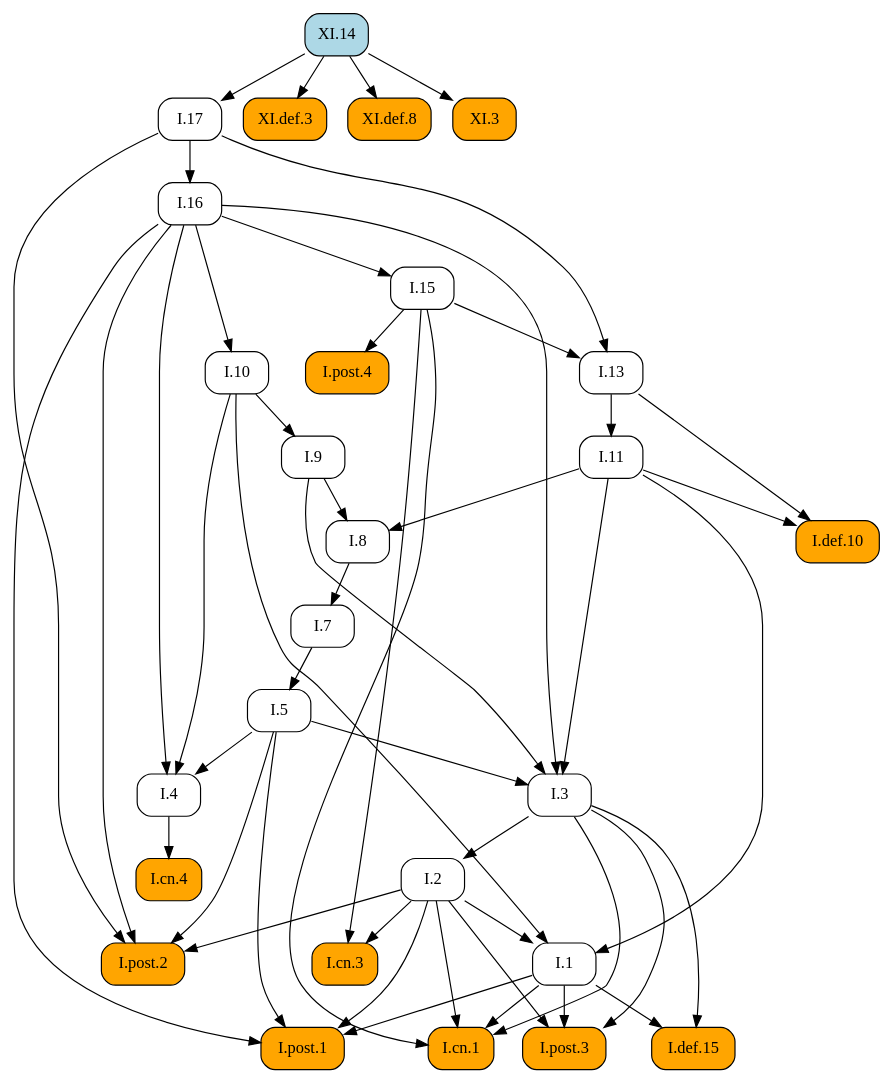
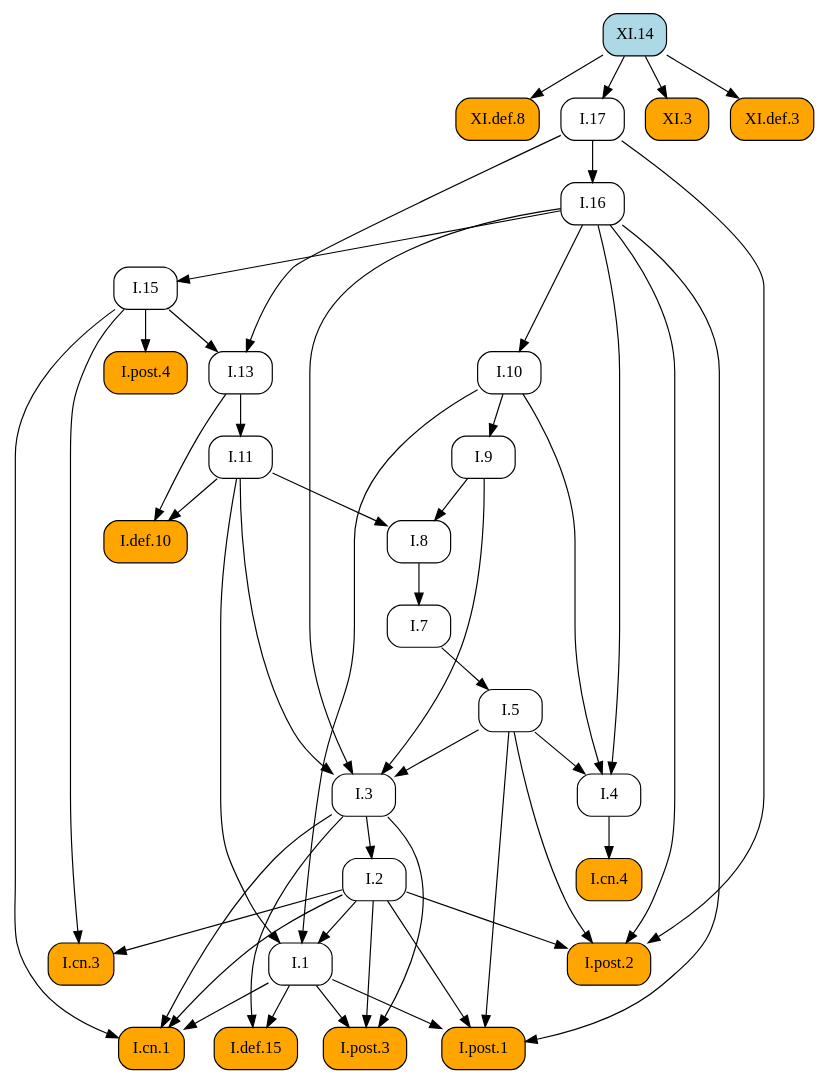
Before and after one commit to geometor/elements: the diagram in docsrc/heath/XI/14/index.rst, drawn with Graphviz. The commit also changed other lines of this file and 484 other files, not shown here.

```diff
--- a/docsrc/heath/XI/14/index.rst
+++ b/docsrc/heath/XI/14/index.rst
@@ -43,80 +43,80 @@
    digraph {
      rankdir="TB";
      node [shape=box, style=rounded];
+     "I.9" [URL="/heath/I/9/", target="_top"];
+     "I.cn.1" [style="rounded,filled", fillcolor=orange, URL="/heath/I/cn.1/", target="_top"];
+     "I.7" [URL="/heath/I/7/", target="_top"];
+     "I.2" [URL="/heath/I/2/", target="_top"];
+     "I.def.15" [style="rounded,filled", fillcolor=orange, URL="/heath/I/def.15/", target="_top"];
+     "XI.def.8" [style="rounded,filled", fillcolor=orange, URL="/heath/XI/def.8/", target="_top"];
+     "I.13" [URL="/heath/I/13/", target="_top"];
+     "I.post.4" [style="rounded,filled", fillcolor=orange, URL="/heath/I/post.4/", target="_top"];
+     "I.4" [URL="/heath/I/4/", target="_top"];
+     "I.1" [URL="/heath/I/1/", target="_top"];
+     "I.post.3" [style="rounded,filled", fillcolor=orange, URL="/heath/I/post.3/", target="_top"];
+     "I.post.1" [style="rounded,filled", fillcolor=orange, URL="/heath/I/post.1/", target="_top"];
+     "I.5" [URL="/heath/I/5/", target="_top"];
+     "I.8" [URL="/heath/I/8/", target="_top"];
+     "I.17" [URL="/heath/I/17/", target="_top"];
+     "XI.3" [style="rounded,filled", fillcolor=orange, URL="/heath/XI/3/", target="_top"];
+     "I.cn.3" [style="rounded,filled", fillcolor=orange, URL="/heath/I/cn.3/", target="_top"];
+     "XI.14" [style="rounded,filled", fillcolor=lightblue, URL="/heath/XI/14/", target="_top"];
+     "I.16" [URL="/heath/I/16/", target="_top"];
      "I.def.10" [style="rounded,filled", fillcolor=orange, URL="/heath/I/def.10/", target="_top"];
+     "I.15" [URL="/heath/I/15/", target="_top"];
      "XI.def.3" [style="rounded,filled", fillcolor=orange, URL="/heath/XI/def.3/", target="_top"];
+     "I.10" [URL="/heath/I/10/", target="_top"];
      "I.11" [URL="/heath/I/11/", target="_top"];
-     "I.1" [URL="/heath/I/1/", target="_top"];
-     "I.post.4" [style="rounded,filled", fillcolor=orange, URL="/heath/I/post.4/", target="_top"];
-     "XI.14" [style="rounded,filled", fillcolor=lightblue, URL="/heath/XI/14/", target="_top"];
-     "I.7" [URL="/heath/I/7/", target="_top"];
+     "I.cn.4" [style="rounded,filled", fillcolor=orange, URL="/heath/I/cn.4/", target="_top"];
+     "I.post.2" [style="rounded,filled", fillcolor=orange, URL="/heath/I/post.2/", target="_top"];
      "I.3" [URL="/heath/I/3/", target="_top"];
-     "I.2" [URL="/heath/I/2/", target="_top"];
-     "I.4" [URL="/heath/I/4/", target="_top"];
-     "I.13" [URL="/heath/I/13/", target="_top"];
-     "I.17" [URL="/heath/I/17/", target="_top"];
-     "I.post.2" [style="rounded,filled", fillcolor=orange, URL="/heath/I/post.2/", target="_top"];
-     "I.16" [URL="/heath/I/16/", target="_top"];
-     "I.def.15" [style="rounded,filled", fillcolor=orange, URL="/heath/I/def.15/", target="_top"];
-     "I.9" [URL="/heath/I/9/", target="_top"];
-     "I.post.3" [style="rounded,filled", fillcolor=orange, URL="/heath/I/post.3/", target="_top"];
-     "I.cn.1" [style="rounded,filled", fillcolor=orange, URL="/heath/I/cn.1/", target="_top"];
-     "I.cn.3" [style="rounded,filled", fillcolor=orange, URL="/heath/I/cn.3/", target="_top"];
-     "I.8" [URL="/heath/I/8/", target="_top"];
-     "I.cn.4" [style="rounded,filled", fillcolor=orange, URL="/heath/I/cn.4/", target="_top"];
-     "I.15" [URL="/heath/I/15/", target="_top"];
-     "XI.def.8" [style="rounded,filled", fillcolor=orange, URL="/heath/XI/def.8/", target="_top"];
-     "I.post.1" [style="rounded,filled", fillcolor=orange, URL="/heath/I/post.1/", target="_top"];
-     "I.10" [URL="/heath/I/10/", target="_top"];
-     "I.5" [URL="/heath/I/5/", target="_top"];
-     "XI.3" [style="rounded,filled", fillcolor=orange, URL="/heath/XI/3/", target="_top"];
-     "I.11" -> "I.def.10";
-     "I.13" -> "I.def.10";
-     "XI.14" -> "XI.def.3";
-     "I.13" -> "I.11";
+     "I.10" -> "I.9";
+     "I.1" -> "I.cn.1";
+     "I.2" -> "I.cn.1";
+     "I.3" -> "I.cn.1";
+     "I.15" -> "I.cn.1";
+     "I.8" -> "I.7";
+     "I.3" -> "I.2";
+     "I.1" -> "I.def.15";
+     "I.3" -> "I.def.15";
+     "XI.14" -> "XI.def.8";
+     "I.15" -> "I.13";
+     "I.17" -> "I.13";
+     "I.15" -> "I.post.4";
+     "I.5" -> "I.4";
+     "I.10" -> "I.4";
+     "I.16" -> "I.4";
      "I.2" -> "I.1";
      "I.10" -> "I.1";
      "I.11" -> "I.1";
-     "I.15" -> "I.post.4";
-     "I.8" -> "I.7";
+     "I.1" -> "I.post.3";
+     "I.2" -> "I.post.3";
+     "I.3" -> "I.post.3";
+     "I.1" -> "I.post.1";
+     "I.2" -> "I.post.1";
+     "I.5" -> "I.post.1";
+     "I.16" -> "I.post.1";
+     "I.7" -> "I.5";
+     "I.9" -> "I.8";
+     "I.11" -> "I.8";
+     "XI.14" -> "I.17";
+     "XI.14" -> "XI.3";
+     "I.2" -> "I.cn.3";
+     "I.15" -> "I.cn.3";
+     "I.17" -> "I.16";
+     "I.11" -> "I.def.10";
+     "I.13" -> "I.def.10";
+     "I.16" -> "I.15";
+     "XI.14" -> "XI.def.3";
+     "I.16" -> "I.10";
+     "I.13" -> "I.11";
+     "I.4" -> "I.cn.4";
+     "I.2" -> "I.post.2";
+     "I.5" -> "I.post.2";
+     "I.16" -> "I.post.2";
+     "I.17" -> "I.post.2";
      "I.5" -> "I.3";
      "I.9" -> "I.3";
      "I.11" -> "I.3";
      "I.16" -> "I.3";
-     "I.3" -> "I.2";
-     "I.5" -> "I.4";
-     "I.10" -> "I.4";
-     "I.16" -> "I.4";
-     "I.15" -> "I.13";
-     "I.17" -> "I.13";
-     "XI.14" -> "I.17";
-     "I.2" -> "I.post.2";
-     "I.5" -> "I.post.2";
-     "I.16" -> "I.post.2";
-     "I.17" -> "I.post.2";
-     "I.17" -> "I.16";
-     "I.1" -> "I.def.15";
-     "I.3" -> "I.def.15";
-     "I.10" -> "I.9";
-     "I.1" -> "I.post.3";
-     "I.2" -> "I.post.3";
-     "I.3" -> "I.post.3";
-     "I.1" -> "I.cn.1";
-     "I.2" -> "I.cn.1";
-     "I.3" -> "I.cn.1";
-     "I.15" -> "I.cn.1";
-     "I.2" -> "I.cn.3";
-     "I.15" -> "I.cn.3";
-     "I.9" -> "I.8";
-     "I.11" -> "I.8";
-     "I.4" -> "I.cn.4";
-     "I.16" -> "I.15";
-     "XI.14" -> "XI.def.8";
-     "I.1" -> "I.post.1";
-     "I.2" -> "I.post.1";
-     "I.5" -> "I.post.1";
-     "I.16" -> "I.post.1";
-     "I.16" -> "I.10";
-     "I.7" -> "I.5";
-     "XI.14" -> "XI.3";
    }
```
